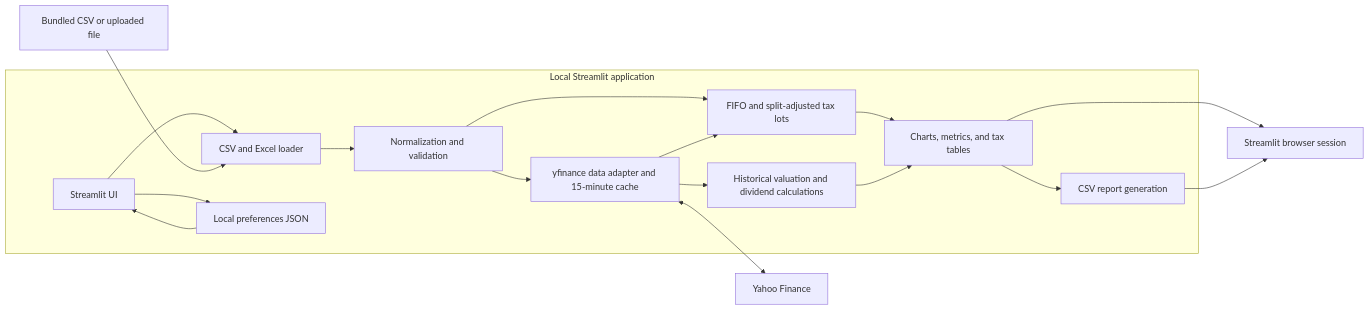
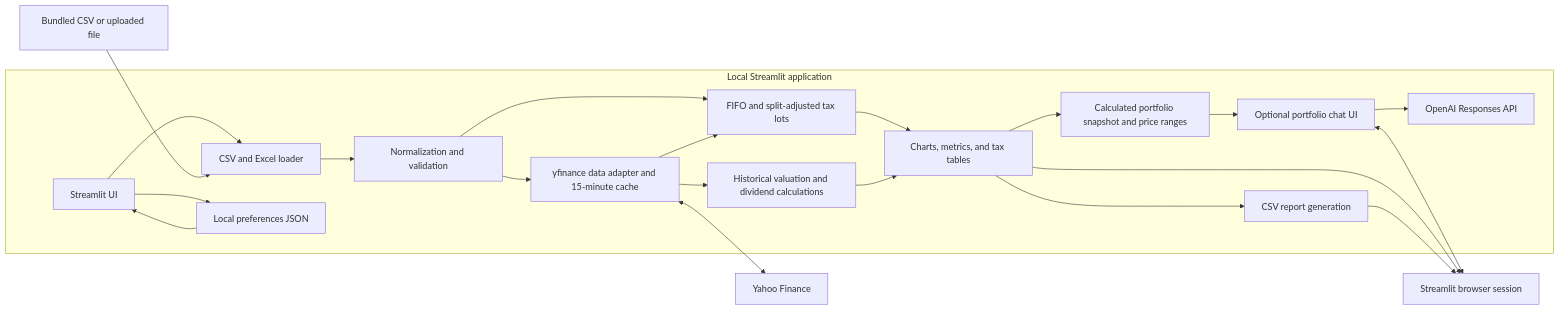
The third of 3 diagrams in DESIGN.md (gen-ai-builder/StockPortfolio), drawn with Mermaid before and after one commit. The commit also changed other lines of this file and 5 other files, not shown here.

Commit message:
Add portfolio chat assistant

````diff
--- a/DESIGN.md
+++ b/DESIGN.md
@@ -138,30 +153,36 @@
 ```mermaid
 flowchart LR
     subgraph LocalApp[Local Streamlit application]
         UI[Streamlit UI]
         Loader[CSV and Excel loader]
         Validation[Normalization and validation]
         Pricing[yfinance data adapter and 15-minute cache]
         Lots[FIFO and split-adjusted tax lots]
         History[Historical valuation and dividend calculations]
         Views[Charts, metrics, and tax tables]
+        ChatUI[Optional portfolio chat UI]
+        ChatContext[Calculated portfolio snapshot and price ranges]
+        OpenAI[OpenAI Responses API]
         Reports[CSV report generation]
         Prefs[Local preferences JSON]
 
         UI --> Loader --> Validation
         Validation --> Pricing
         Validation --> Lots
         Pricing --> Lots
         Pricing --> History
         Lots --> Views
         History --> Views
         Views --> Reports
+        Views --> ChatContext --> ChatUI
+        ChatUI --> OpenAI
         Prefs --> UI
         UI --> Prefs
     end
 
     Transactions[Bundled CSV or uploaded file] --> Loader
     Pricing <--> Yahoo[Yahoo Finance]
+    ChatUI <--> Browser[Streamlit browser session]
     Views --> Browser[Streamlit browser session]
     Reports --> Browser
 ```
````
